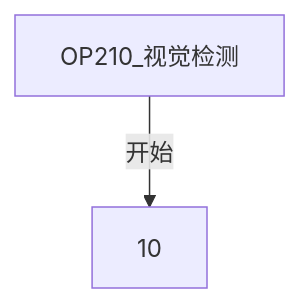
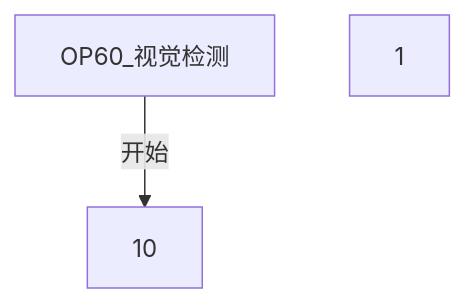
One commit to zmq000/iodraw-files changed the diagram in all/未命名.md. Above: the diagram before and after it, drawn with Mermaid.

Commit message:
2026-06-17 14:07:10 update

````diff
--- a/all/未命名.md
+++ b/all/未命名.md
@@ -1,4 +1,5 @@
 ```mermaid
 graph TD
-   0[OP210_视觉检测]-->|开始|10
+   0[OP60_视觉检测]-->|开始|10
+   1
 ```
````
